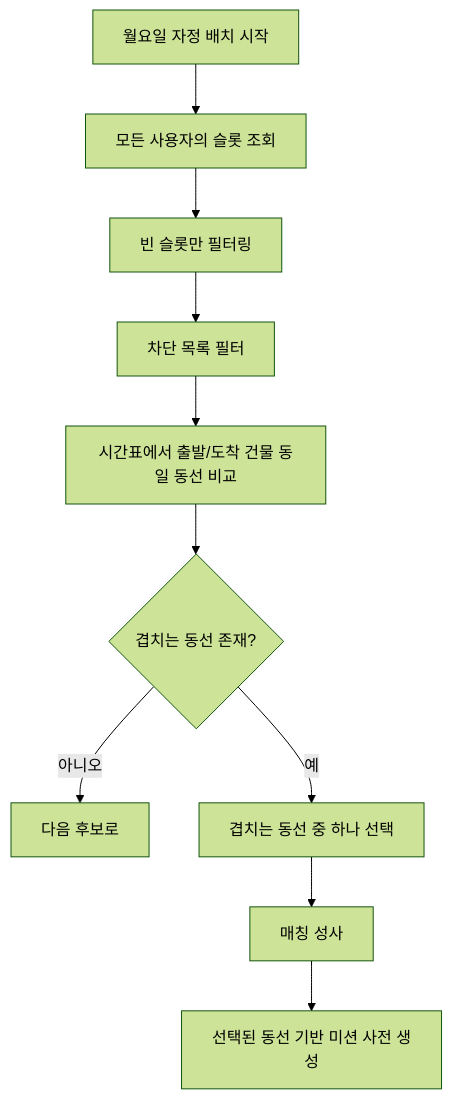
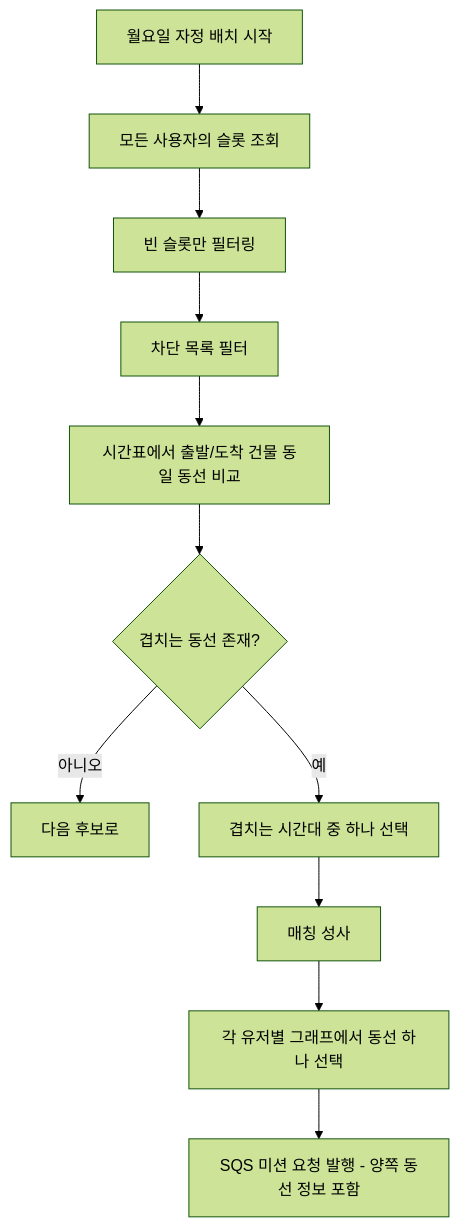
The fifth of 8 diagrams in .kiro/specs/ilgi-yebo/design.md (kookmin-sw/2026-capstone-57), drawn with Mermaid (forest theme) before and after one commit. The commit also changed other lines of this file and 2 other files, not shown here.

````diff
--- a/.kiro/specs/ilgi-yebo/design.md
+++ b/.kiro/specs/ilgi-yebo/design.md
@@ -637,14 +640,15 @@
 ```mermaid
 flowchart TD
     START[월요일 자정 배치 시작] --> FETCH[모든 사용자의 슬롯 조회]
     FETCH --> FILTER[빈 슬롯만 필터링]
     FILTER --> BLOCK[차단 목록 필터]
     
     BLOCK --> ROUTE[시간표에서 출발/도착 건물 동일 동선 비교]
     
     ROUTE --> MATCH{겹치는 동선 존재?}
     MATCH -->|아니오| NEXT[다음 후보로]
-    MATCH -->|예| SELECT[겹치는 동선 중 하나 선택]
+    MATCH -->|예| SELECT[겹치는 시간대 중 하나 선택]
     SELECT --> ASSIGN[매칭 성사]
-    ASSIGN --> MISSION[선택된 동선 기반 미션 사전 생성]
+    ASSIGN --> PICK_ROUTE[각 유저별 그래프에서 동선 하나 선택]
+    PICK_ROUTE --> SQS_MISSION[SQS 미션 요청 발행 - 양쪽 동선 정보 포함]
 ```
````
